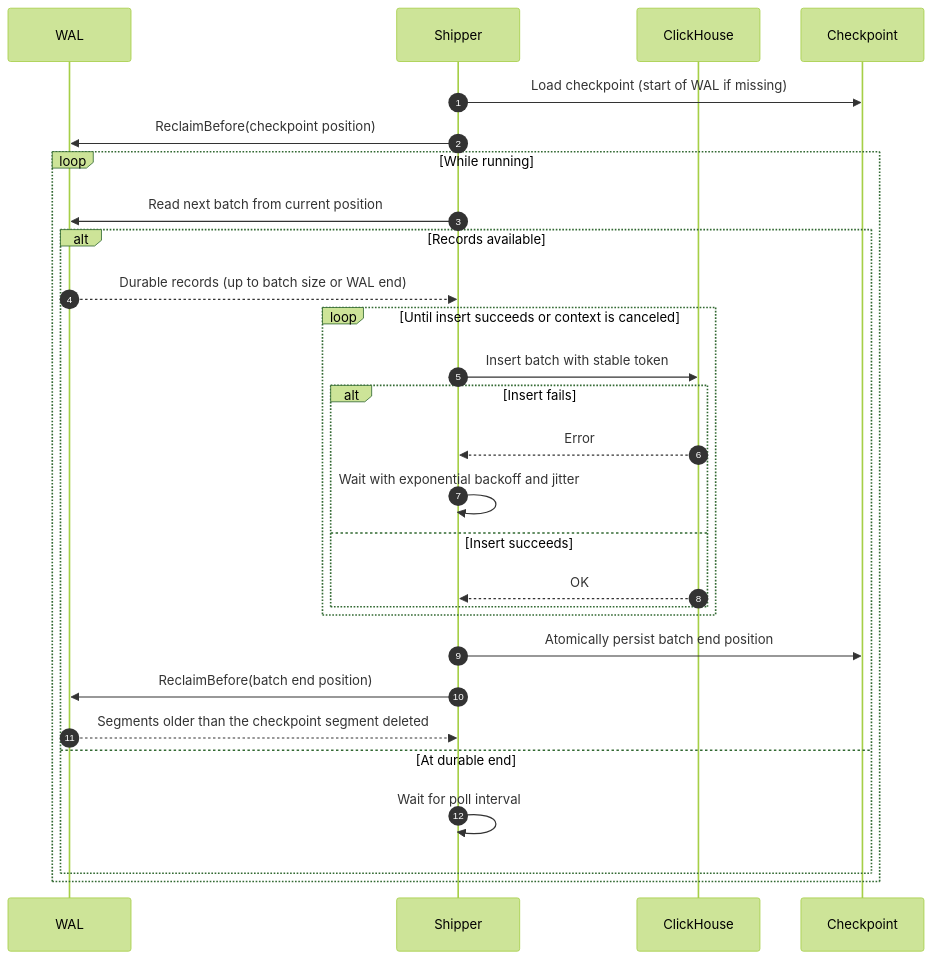
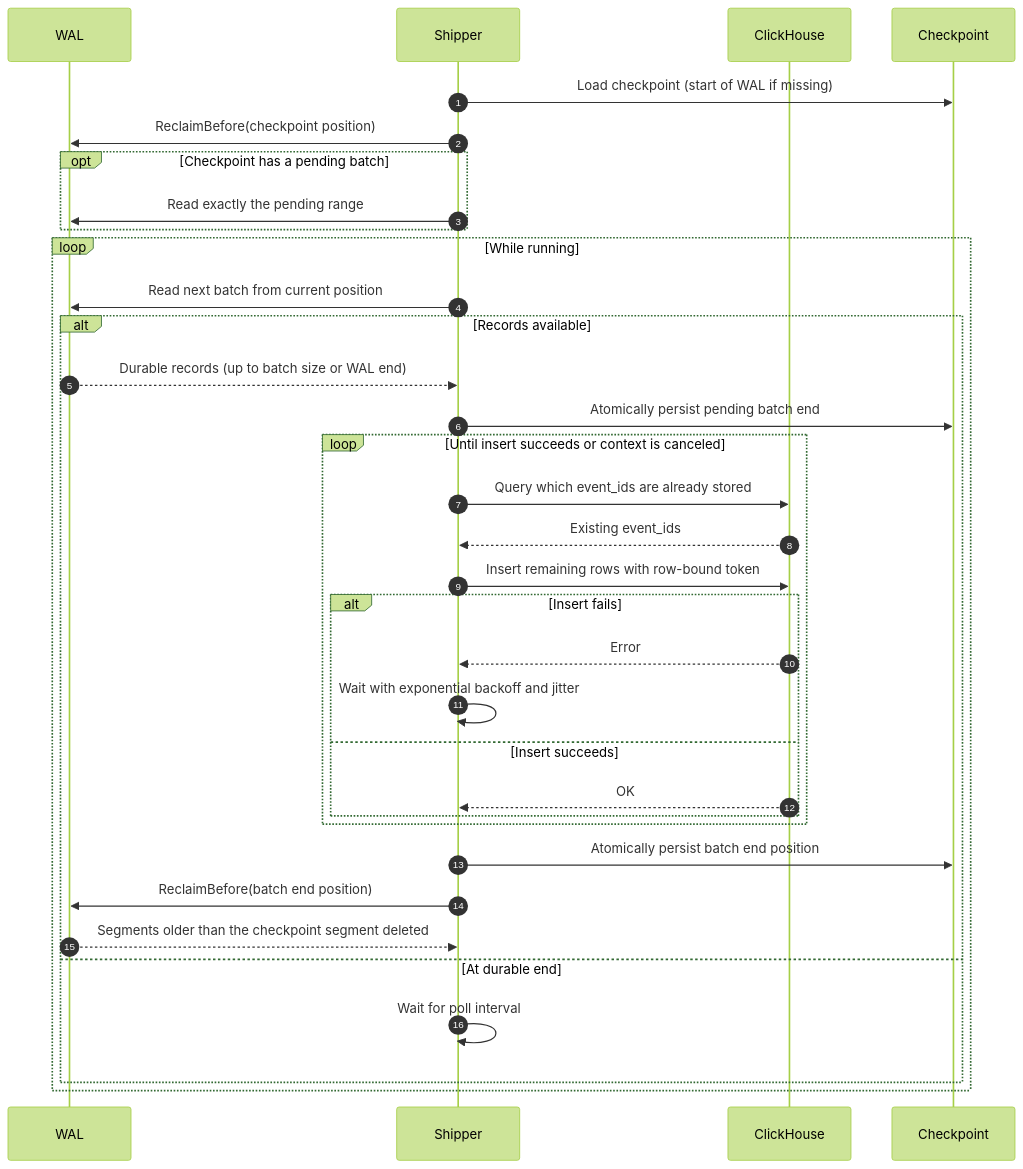
Before and after one commit to PratyushVishal11011/Fairgate: diagram 14 of 15 in README.md, drawn with Mermaid (forest theme). The commit also changed other lines of this file and 9 other files, not shown here.

````diff
--- a/README.md
+++ b/README.md
@@ -834,31 +868,37 @@
 ```mermaid
 sequenceDiagram
     autonumber
     participant W as WAL
     participant SH as Shipper
     participant DB as ClickHouse
     participant CK as Checkpoint
 
     SH->>CK: Load checkpoint (start of WAL if missing)
     SH->>W: ReclaimBefore(checkpoint position)
+    opt Checkpoint has a pending batch
+        SH->>W: Read exactly the pending range
+    end
     loop While running
         SH->>W: Read next batch from current position
         alt Records available
             W-->>SH: Durable records (up to batch size or WAL end)
+            SH->>CK: Atomically persist pending batch end
             loop Until insert succeeds or context is canceled
-                SH->>DB: Insert batch with stable token
+                SH->>DB: Query which event_ids are already stored
+                DB-->>SH: Existing event_ids
+                SH->>DB: Insert remaining rows with row-bound token
                 alt Insert fails
                     DB-->>SH: Error
                     SH->>SH: Wait with exponential backoff and jitter
                 else Insert succeeds
                     DB-->>SH: OK
                 end
             end
             SH->>CK: Atomically persist batch end position
             SH->>W: ReclaimBefore(batch end position)
             W-->>SH: Segments older than the checkpoint segment deleted
         else At durable end
             SH->>SH: Wait for poll interval
         end
     end
 ```
````
